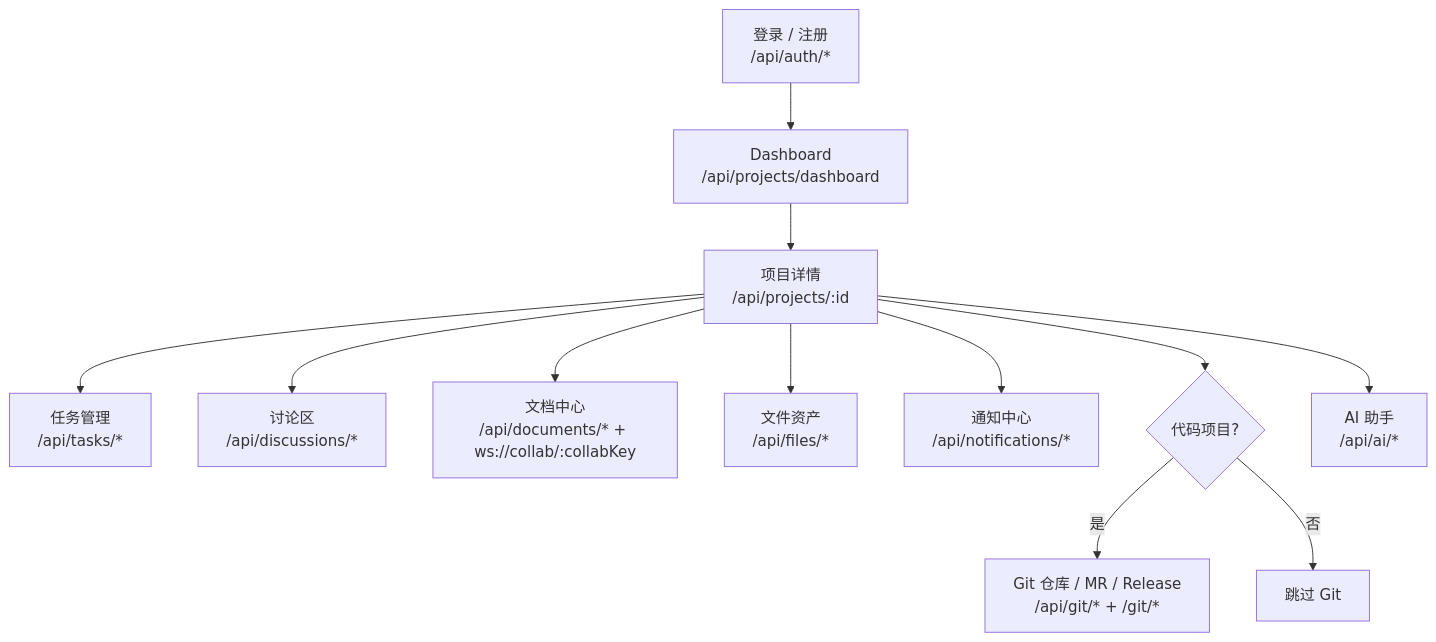
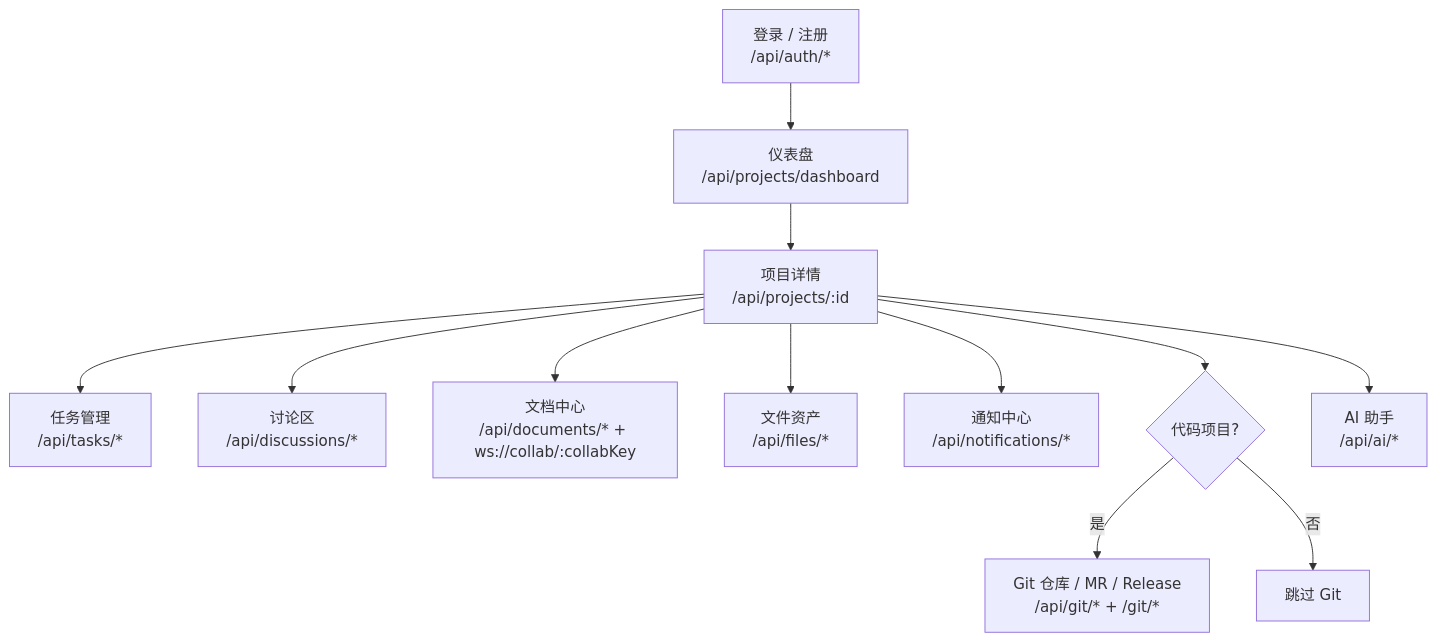
The second of 6 diagrams in README.md (moduqishi/educollab), drawn with Mermaid before and after one commit. The commit also changed other lines of this file, not shown here.

Commit message:
Localize Mermaid diagrams to Chinese

````diff
--- a/README.md
+++ b/README.md
@@ -113,14 +113,14 @@
 ```mermaid
 flowchart TD
-  A[登录 / 注册<br/>/api/auth/*] --> B[Dashboard<br/>/api/projects/dashboard]
+  A[登录 / 注册<br/>/api/auth/*] --> B[仪表盘<br/>/api/projects/dashboard]
   B --> C[项目详情<br/>/api/projects/:id]
   C --> D[任务管理<br/>/api/tasks/*]
   C --> E[讨论区<br/>/api/discussions/*]
   C --> F[文档中心<br/>/api/documents/* + ws://collab/:collabKey]
   C --> G[文件资产<br/>/api/files/*]
   C --> H[通知中心<br/>/api/notifications/*]
   C --> I{代码项目?}
   I -->|是| J[Git 仓库 / MR / Release<br/>/api/git/* + /git/*]
   I -->|否| K[跳过 Git]
   C --> L[AI 助手<br/>/api/ai/*]
 ```
````
